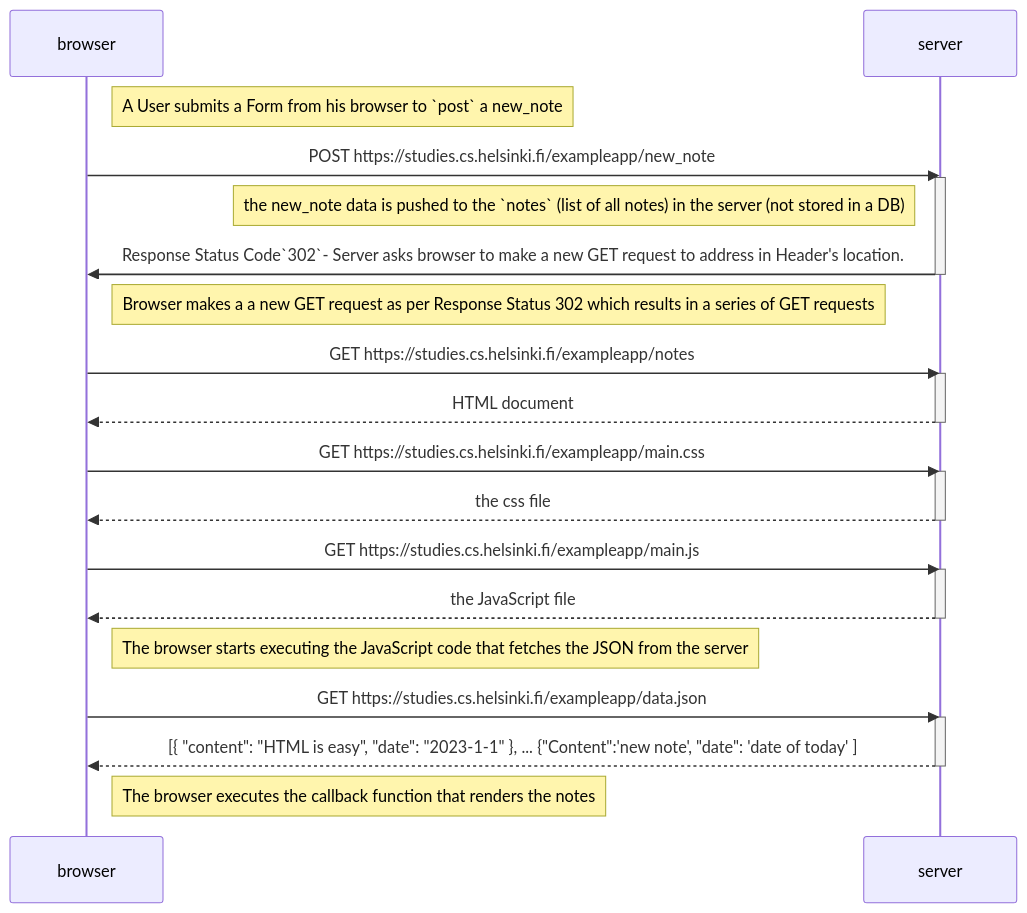
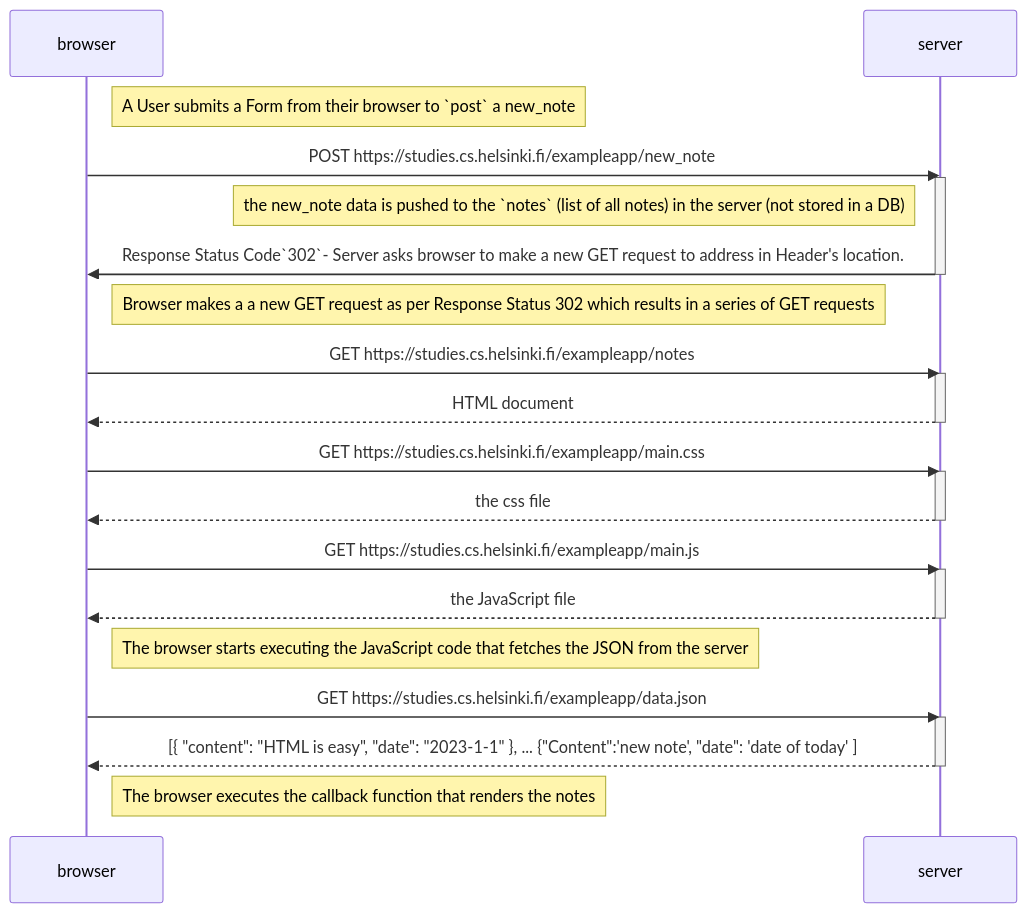
One commit to nurturegrit/Full-Stack-Open changed the diagram in part0/solutions4,5,6.md. Above: the diagram before and after it, drawn with Mermaid.

Commit message:
Update solutions4,5,6.md
correcting pronouns

````diff
--- a/part0/solutions4,5,6.md
+++ b/part0/solutions4,5,6.md
@@ -3,39 +3,39 @@
 ```mermaid
 
 sequenceDiagram
     participant browser
     participant server
 
-    Note right of browser: A User submits a Form from his browser to `post` a new_note
+    Note right of browser: A User submits a Form from their browser to `post` a new_note
     browser->>server: POST https://studies.cs.helsinki.fi/exampleapp/new_note
     activate server
     Note left of server: the new_note data is pushed to the `notes` (list of all notes) in the server (not stored in a DB)
     server ->> browser: Response Status Code`302`- Server asks browser to make a new GET request to address in Header's location.
     deactivate server
 
     Note right of browser: Browser makes a a new GET request as per Response Status 302 which results in a series of GET requests
     browser->>server: GET https://studies.cs.helsinki.fi/exampleapp/notes
     activate server
     server-->>browser: HTML document
     deactivate server
 
     browser->>server: GET https://studies.cs.helsinki.fi/exampleapp/main.css
     activate server
     server-->>browser: the css file
     deactivate server
 
     browser->>server: GET https://studies.cs.helsinki.fi/exampleapp/main.js
     activate server
     server-->>browser: the JavaScript file
     deactivate server
 
     Note right of browser: The browser starts executing the JavaScript code that fetches the JSON from the server
 
     browser->>server: GET https://studies.cs.helsinki.fi/exampleapp/data.json
     activate server
     server-->>browser: [{ "content": "HTML is easy", "date": "2023-1-1" }, ... {"Content":'new note', "date": 'date of today' ]
     deactivate server
 
     Note right of browser: The browser executes the callback function that renders the notes
 
 ```
````
